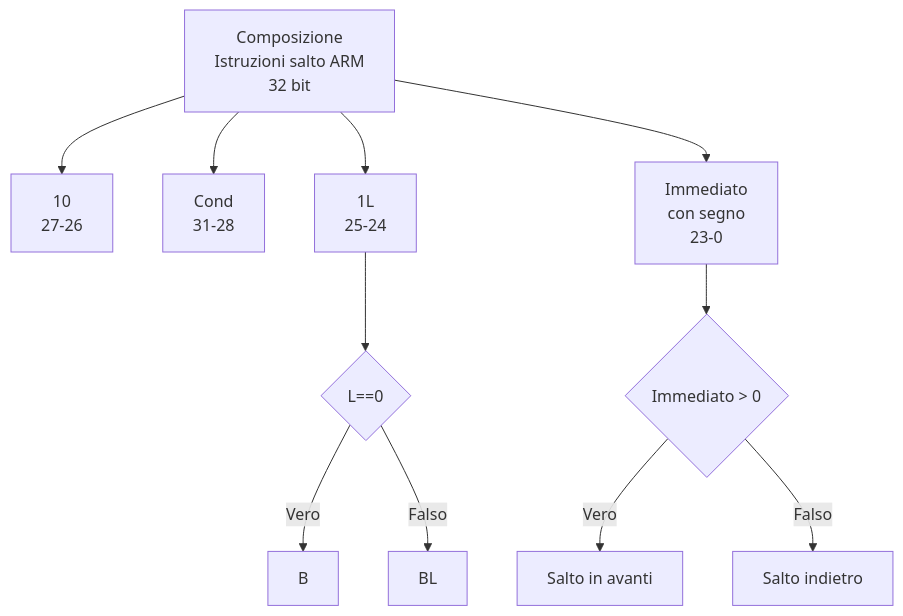
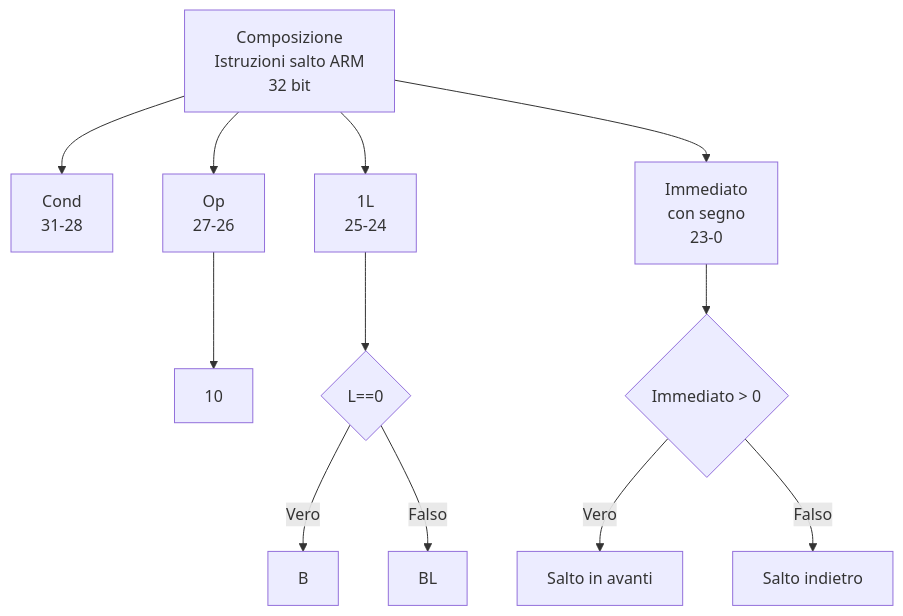
The third of 8 diagrams in readme.md (Firi0n/appunti-AESO), drawn with Mermaid before and after one commit.

Commit message:
adjust brench

````diff
--- a/readme.md
+++ b/readme.md
@@ -1051,11 +1051,11 @@
 ```mermaid
 graph TD
   Title[Composizione<br>Istruzioni salto ARM<br>32 bit]
   Title --> Cond[Cond<br>31-28]
-  Title --> 10[10<br>27-26]
+  Title --> Op[Op<br>27-26] --> 10
   Title --> 1L[1L<br>25-24] --> L0{L==0} -->|Vero| B
   L0 -->|Falso| BL
   Title --> Immediate[Immediato<br>con segno<br>23-0] --> Imm0{Immediato > 0}
   Imm0-->|Vero| SA[Salto in avanti]
   Imm0-->|Falso| SI[Salto indietro]
 ```
````
